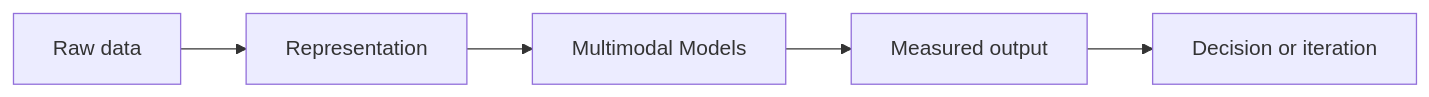
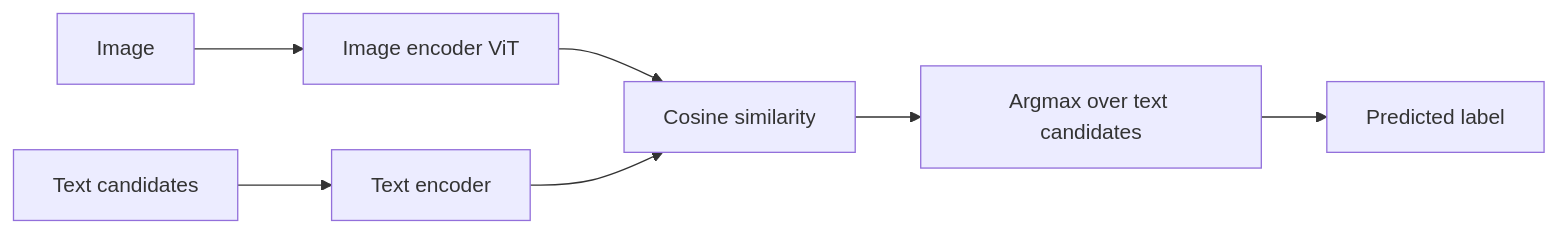
Before and after one commit to Icon1cc/Machine-Learning: the diagram in computer-vision/08-multimodal-models.md, drawn with Mermaid. The commit also changed other lines of this file and 264 other files, not shown here.

````diff
--- a/computer-vision/08-multimodal-models.md
+++ b/computer-vision/08-multimodal-models.md
@@ -92,7 +309,9 @@
 ```mermaid
 flowchart LR
-    A[Raw data] --> B[Representation]
-    B --> C[Multimodal Models]
-    C --> D[Measured output]
-    D --> E[Decision or iteration]
+    I[Image] --> IE[Image encoder ViT]
+    T[Text candidates] --> TE[Text encoder]
+    IE --> S[Cosine similarity]
+    TE --> S
+    S --> A[Argmax over text candidates]
+    A --> P[Predicted label]
 ```
````
